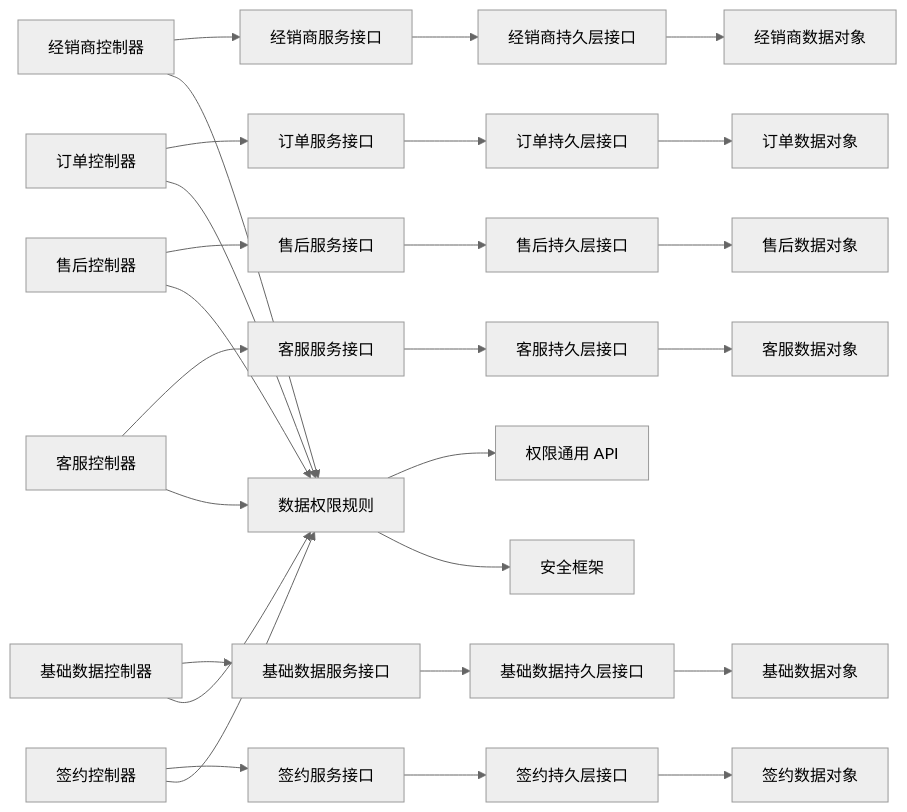
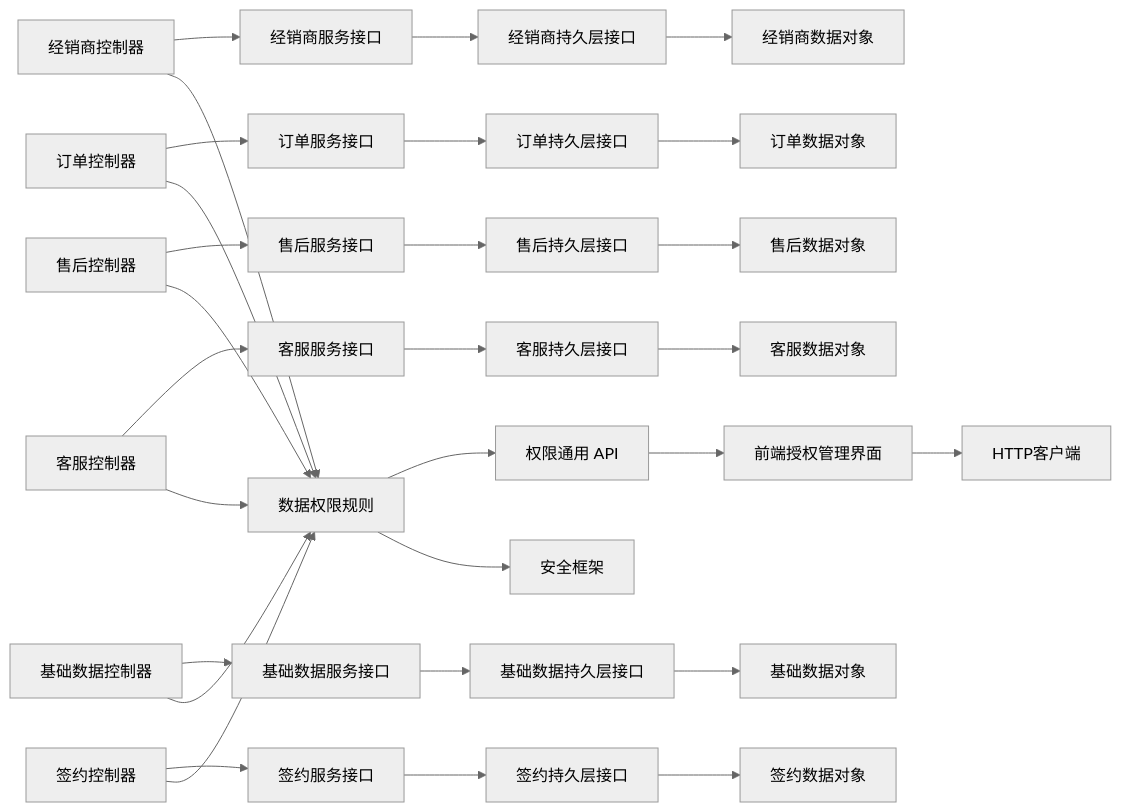
Before and after one commit to xiaoche80s-tech/rouyi-vue-pro: diagram 15 of 15 in .qoder/repowiki/zh/content/核心模块/运营中心模块/运营中心模块.md, drawn with Mermaid (neutral theme). The commit also changed other lines of this file and 331 other files, not shown here.

````diff
--- a/.qoder/repowiki/zh/content/核心模块/运营中心模块/运营中心模块.md
+++ b/.qoder/repowiki/zh/content/核心模块/运营中心模块/运营中心模块.md
@@ -787,29 +928,31 @@
 ```mermaid
 graph LR
 CTRL1["经销商控制器"] --> SVC1["经销商服务接口"]
 CTRL2["订单控制器"] --> SVC2["订单服务接口"]
 CTRL3["售后控制器"] --> SVC3["售后服务接口"]
 CTRL4["客服控制器"] --> SVC4["客服服务接口"]
 CTRL5["基础数据控制器"] --> SVC5["基础数据服务接口"]
 CTRL6["签约控制器"] --> SVC6["签约服务接口"]
 SVC1 --> MAPPER1["经销商持久层接口"]
 SVC2 --> MAPPER2["订单持久层接口"]
 SVC3 --> MAPPER3["售后持久层接口"]
 SVC4 --> MAPPER4["客服持久层接口"]
 SVC5 --> MAPPER5["基础数据持久层接口"]
 SVC6 --> MAPPER6["签约持久层接口"]
 MAPPER1 --> DO1["经销商数据对象"]
 MAPPER2 --> DO2["订单数据对象"]
 MAPPER3 --> DO3["售后数据对象"]
 MAPPER4 --> DO4["客服数据对象"]
 MAPPER5 --> DO5["基础数据对象"]
 MAPPER6 --> DO6["签约数据对象"]
 CTRL1 --> DP["数据权限规则"]
 CTRL2 --> DP
 CTRL3 --> DP
 CTRL4 --> DP
 CTRL5 --> DP
 CTRL6 --> DP
 DP --> API["权限通用 API"]
 DP --> SEC["安全框架"]
+API --> FE["前端授权管理界面"]
+FE --> AXIOS["HTTP客户端"]
 ```
````
